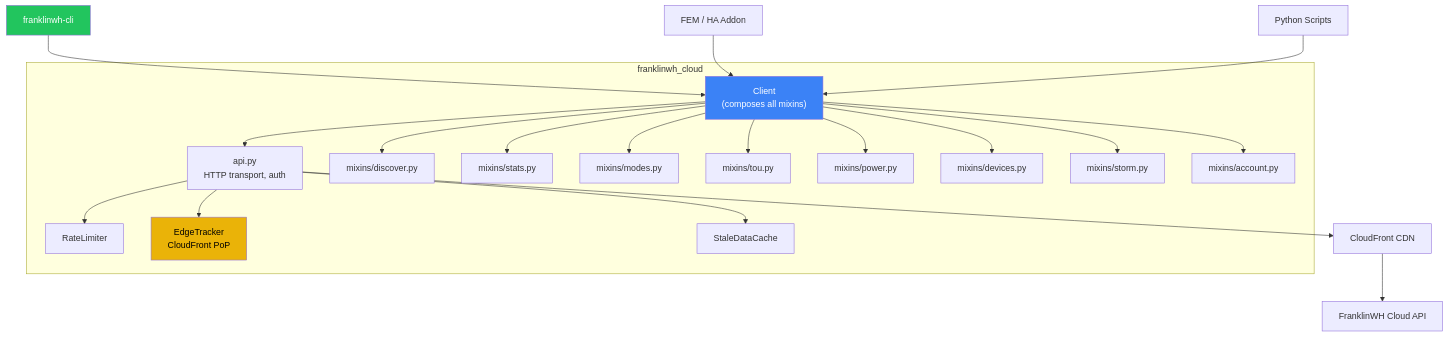
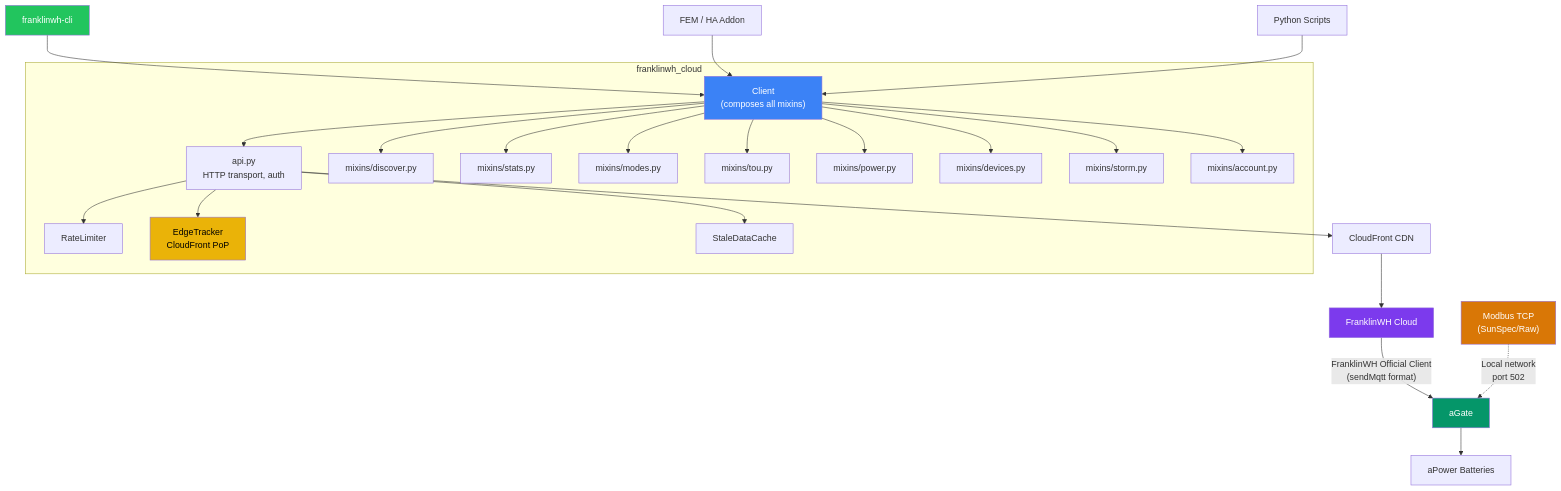
Before and after one commit to david2069/franklinwh-cloud: the diagram in README.md, drawn with Mermaid. The commit also changed 1 other file, not shown here.

Commit message:
docs: architecture diagrams — two distinct transport paths to aGate
- Cloud API: REST → CloudFront → FranklinWH Cloud → sendMqtt → aGate
- Modbus TCP: Direct LAN port 502 (SunSpec/Raw) → aGate
- Updated both docs/index.md and README.md diagrams
- index.md: feature count 48→70+, added discover CLI entry

````diff
--- a/README.md
+++ b/README.md
@@ -175,30 +175,37 @@
 ```mermaid
 graph TB
     CLI["franklinwh-cli"] --> Client
     FEM["FEM / HA Addon"] --> Client
     Scripts["Python Scripts"] --> Client
 
     subgraph "franklinwh_cloud"
         Client["Client<br/>(composes all mixins)"]
         Client --> API["api.py<br/>HTTP transport, auth"]
         API --> RL["RateLimiter"]
         API --> ET["EdgeTracker<br/>CloudFront PoP"]
         API --> SC["StaleDataCache"]
         
         Client --> Discover["mixins/discover.py"]
         Client --> Stats["mixins/stats.py"]
         Client --> Modes["mixins/modes.py"]
         Client --> TOU["mixins/tou.py"]
         Client --> Power["mixins/power.py"]
         Client --> Devices["mixins/devices.py"]
         Client --> Storm["mixins/storm.py"]
         Client --> Account["mixins/account.py"]
     end
 
     API --> CF["CloudFront CDN"]
-    CF --> FW["FranklinWH Cloud API"]
+    CF --> FW["FranklinWH Cloud"]
+    FW -->|"FranklinWH Official Client<br/>(sendMqtt format)"| aGate[aGate]
+
+    Modbus["Modbus TCP<br/>(SunSpec/Raw)"] -.->|"Local network<br/>port 502"| aGate
+    aGate --> aPower[aPower Batteries]
 
     style CLI fill:#22c55e,color:#fff
     style Client fill:#3b82f6,color:#fff
     style ET fill:#eab308,color:#000
+    style FW fill:#7c3aed,color:#fff
+    style Modbus fill:#d97706,color:#fff
+    style aGate fill:#059669,color:#fff
 ```
````
